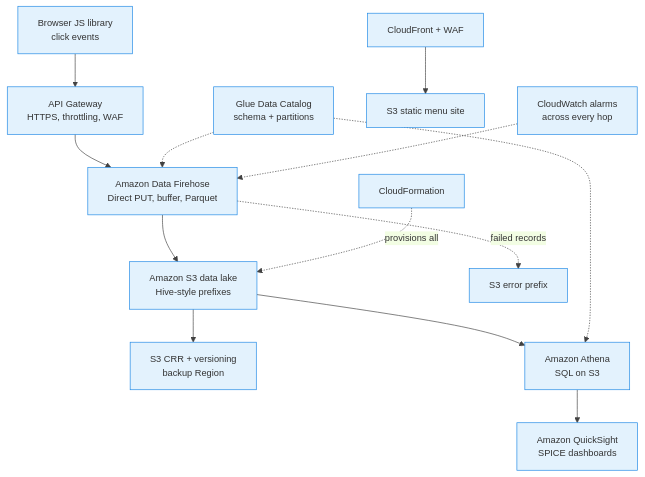
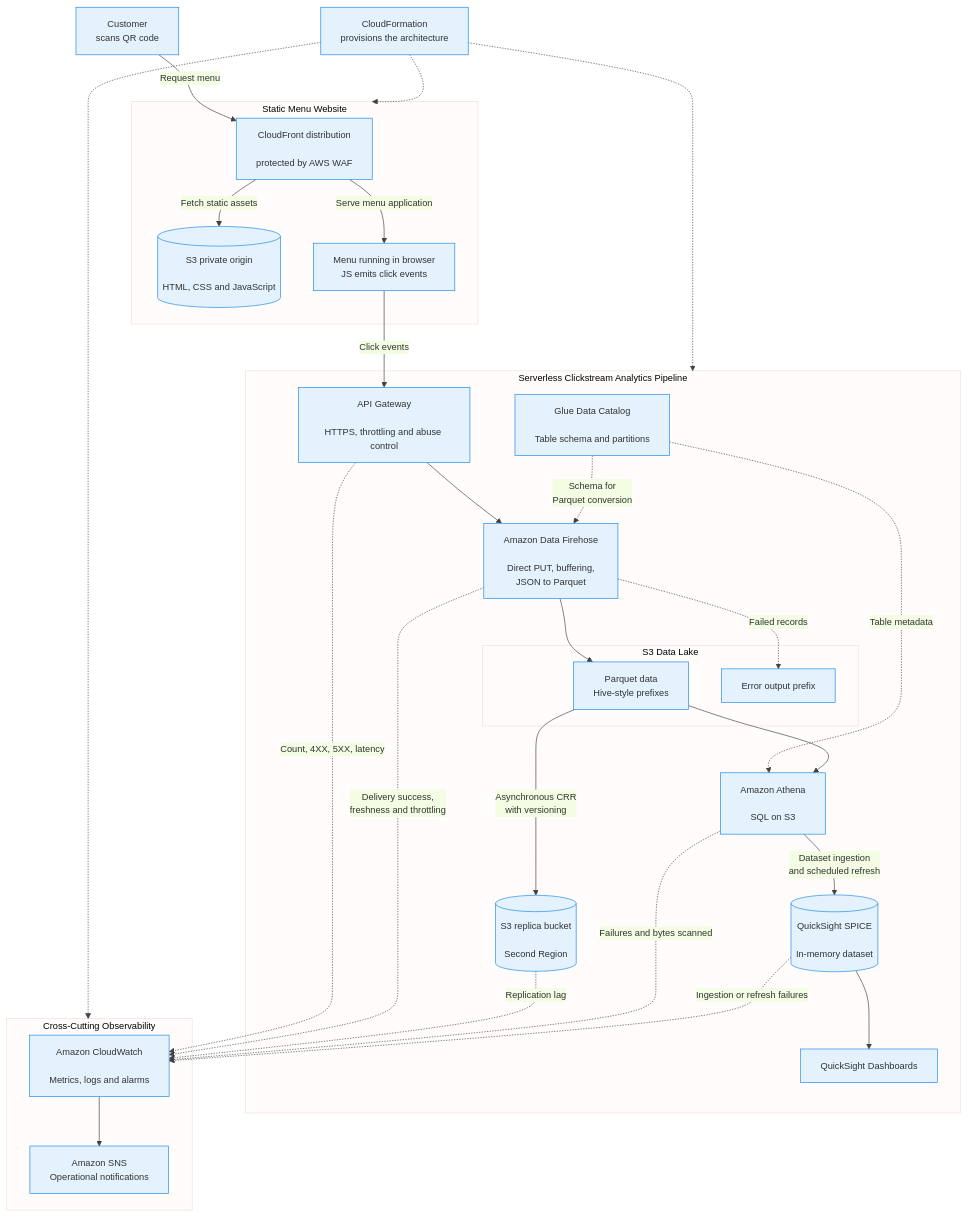
Diagram 17 of 18 in aws_architecting_solutions/11-serverless-data-analytics.qmd (senthilkumarm1901/learn_by_blogging), drawn with Mermaid before and after one commit. The commit also changed other lines of this file and 5 other files, not shown here.

Commit message:
updates to mermaid diagrams

````diff
--- a/aws_architecting_solutions/11-serverless-data-analytics.qmd
+++ b/aws_architecting_solutions/11-serverless-data-analytics.qmd
@@ -466,16 +541,65 @@
 ```{mermaid}
 %%{init: {'theme': 'base', 'themeVariables': {'primaryColor': '#E3F2FD', 'primaryBorderColor': '#1E88E5', 'lineColor': '#424242', 'fontSize': '14px'}}}%%
 flowchart TD
-    JS["Browser JS library<br>click events"] --> AG["API Gateway<br>HTTPS, throttling, WAF"]
-    AG --> KDF["Amazon Data Firehose<br>Direct PUT, buffer, Parquet"]
-    KDF --> S3["Amazon S3 data lake<br>Hive-style prefixes"]
-    KDF -.->|"failed records"| ERR["S3 error prefix"]
-    S3 --> CRR["S3 CRR + versioning<br>backup Region"]
-    S3 --> ATH["Amazon Athena<br>SQL on S3"]
-    GDC["Glue Data Catalog<br>schema + partitions"] -.-> ATH
-    GDC -.-> KDF
-    ATH --> QS["Amazon QuickSight<br>SPICE dashboards"]
-    CF["CloudFront + WAF"] --> MENU["S3 static menu site"]
-    IaC["CloudFormation"] -.->|provisions all| S3
-    CW["CloudWatch alarms<br>across every hop"] -.-> KDF
+
+    USER["Customer<br/>scans QR code"]
+
+    subgraph SITE["Static Menu Website"]
+        EDGE["CloudFront distribution<br/><br/>protected by AWS WAF"]
+        MENU[("S3 private origin<br/><br/>HTML, CSS and JavaScript")]
+        BROWSER["Menu running in browser<br/>JS emits click events"]
+
+        EDGE -->|"Fetch static assets"| MENU
+        EDGE -->|"Serve menu application"| BROWSER
+    end
+
+    USER -->|"Request menu"| EDGE
+
+    subgraph PIPELINE["Serverless Clickstream Analytics Pipeline"]
+        AG["API Gateway<br/><br/>HTTPS, throttling and abuse control"]
+        KDF["Amazon Data Firehose<br/><br/>Direct PUT, buffering,<br/>JSON to Parquet"]
+        
+        subgraph LAKE["S3 Data Lake"]
+            DATA["Parquet data<br/>Hive-style prefixes"]
+            ERR["Error output prefix"]
+        end
+
+        REPLICA[("S3 replica bucket<br/><br/>Second Region")]
+        GDC["Glue Data Catalog<br/><br/>Table schema and partitions"]
+        ATH["Amazon Athena<br/><br/>SQL on S3"]
+        SPICE[("QuickSight SPICE<br/><br/>In-memory dataset")]
+        QS["QuickSight Dashboards"]
+
+        BROWSER -->|"Click events"| AG
+        AG --> KDF
+
+        GDC -.->|"Schema for<br/>Parquet conversion"| KDF
+        KDF --> DATA
+        KDF -.->|"Failed records"| ERR
+
+        DATA -->|"Asynchronous CRR<br/>with versioning"| REPLICA
+
+        GDC -.->|"Table metadata"| ATH
+        DATA --> ATH
+
+        ATH -->|"Dataset ingestion<br/>and scheduled refresh"| SPICE
+        SPICE --> QS
+    end
+
+    subgraph OBS["Cross-Cutting Observability"]
+        CW["Amazon CloudWatch<br/><br/>Metrics, logs and alarms"]
+        SNS["Amazon SNS<br/>Operational notifications"]
+
+        CW --> SNS
+    end
+
+    AG -.->|"Count, 4XX, 5XX, latency"| CW
+    KDF -.->|"Delivery success,<br/>freshness and throttling"| CW
+    REPLICA -.->|"Replication lag"| CW
+    ATH -.->|"Failures and bytes scanned"| CW
+    SPICE -.->|"Ingestion or refresh failures"| CW
+
+    IAC["CloudFormation<br/>provisions the architecture"] -.-> SITE
+    IAC -.-> PIPELINE
+    IAC -.-> OBS
 ```
````
